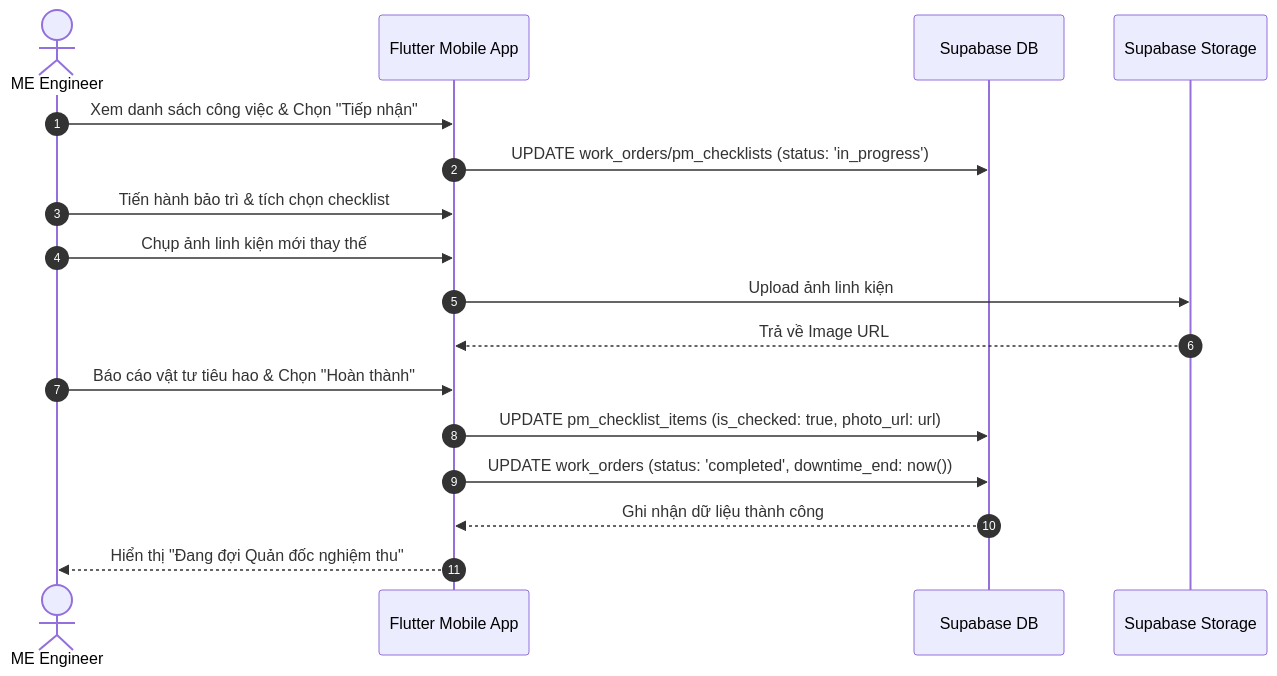
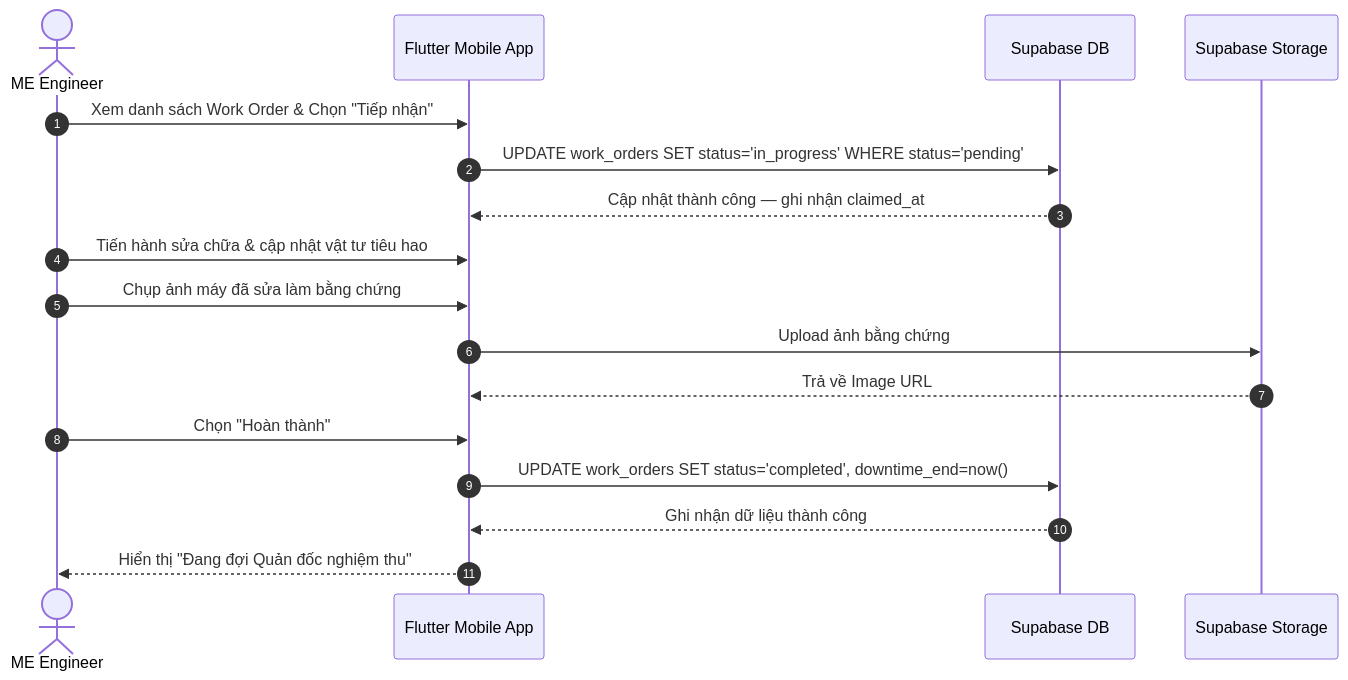
The fifth of 11 diagrams in system_design.md (pvduy23052005/cse441-mobile-asset-track), drawn with Mermaid before and after one commit. The commit also changed other lines of this file and 1 other file, not shown here.

````diff
--- a/system_design.md
+++ b/system_design.md
@@ -153,20 +172,20 @@
 ```mermaid
 sequenceDiagram
     autonumber
     actor ME as ME Engineer
     participant App as Flutter Mobile App
     participant DB as Supabase DB
     participant Store as Supabase Storage
 
-    ME->>App: Xem danh sách công việc & Chọn "Tiếp nhận"
-    App->>DB: UPDATE work_orders/pm_checklists (status: 'in_progress')
-    ME->>App: Tiến hành bảo trì & tích chọn checklist
-    ME->>App: Chụp ảnh linh kiện mới thay thế
-    App->>Store: Upload ảnh linh kiện
+    ME->>App: Xem danh sách Work Order & Chọn "Tiếp nhận"
+    App->>DB: UPDATE work_orders SET status='in_progress' WHERE status='pending'
+    DB-->>App: Cập nhật thành công — ghi nhận claimed_at
+    ME->>App: Tiến hành sửa chữa & cập nhật vật tư tiêu hao
+    ME->>App: Chụp ảnh máy đã sửa làm bằng chứng
+    App->>Store: Upload ảnh bằng chứng
     Store-->>App: Trả về Image URL
-    ME->>App: Báo cáo vật tư tiêu hao & Chọn "Hoàn thành"
-    App->>DB: UPDATE pm_checklist_items (is_checked: true, photo_url: url)
-    App->>DB: UPDATE work_orders (status: 'completed', downtime_end: now())
+    ME->>App: Chọn "Hoàn thành"
+    App->>DB: UPDATE work_orders SET status='completed', downtime_end=now()
     DB-->>App: Ghi nhận dữ liệu thành công
     App-->>ME: Hiển thị "Đang đợi Quản đốc nghiệm thu"
 ```
````
